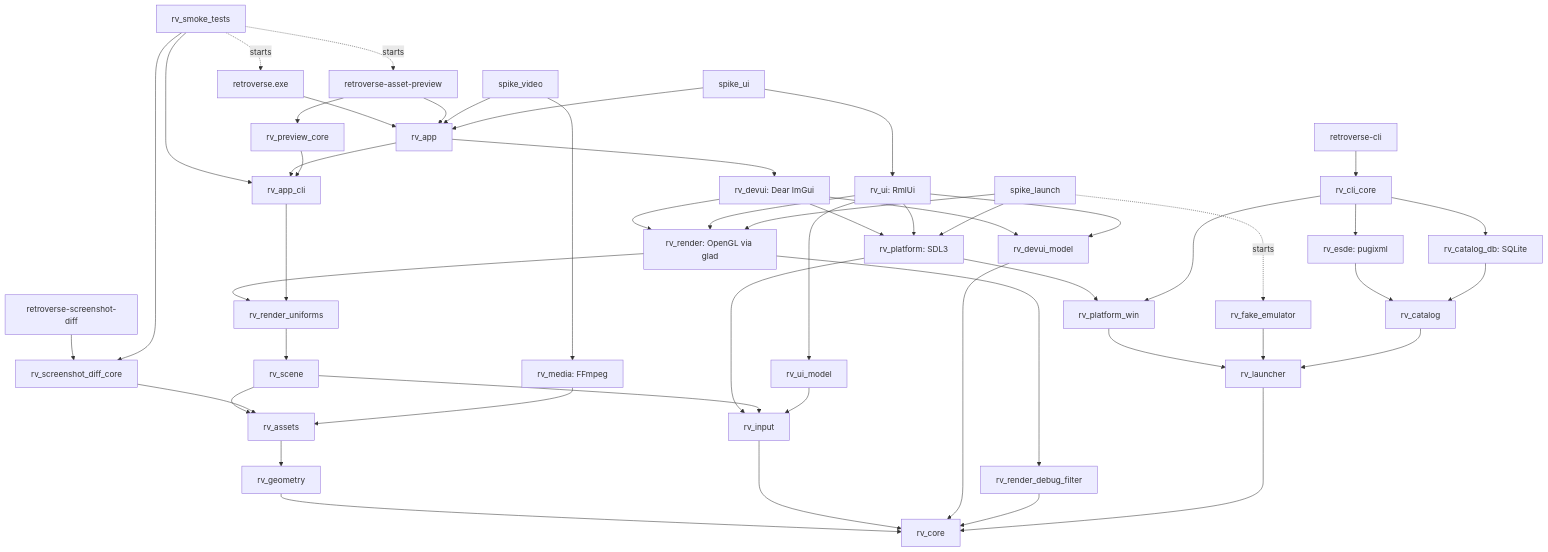
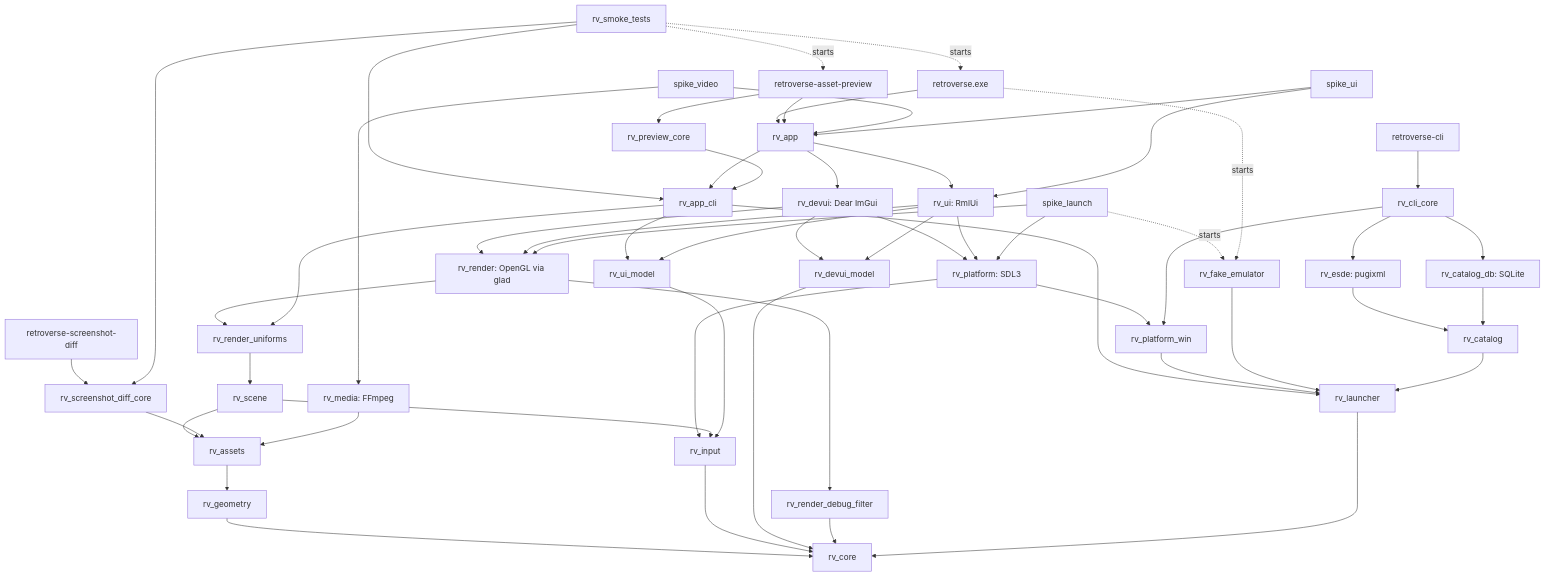
The diagram in docs/architecture.md (pingumen96/retroverse), drawn with Mermaid before and after one commit. The commit also changed other lines of this file and 8 other files, not shown here.

````diff
--- a/docs/architecture.md
+++ b/docs/architecture.md
@@ -70,54 +70,58 @@
 ```mermaid
 flowchart TD
     retroverse[retroverse.exe] --> app[rv_app]
     preview[retroverse-asset-preview] --> app
     preview --> previewCore[rv_preview_core]
     diffTool[retroverse-screenshot-diff] --> diffCore[rv_screenshot_diff_core]
     smoke[rv_smoke_tests] -. starts .-> retroverse
     smoke -. starts .-> preview
     smoke --> diffCore
     smoke --> appCli
     app --> devui[rv_devui: Dear ImGui]
+    app --> ui
     app --> appCli[rv_app_cli]
     devui --> render[rv_render: OpenGL via glad]
     devui --> platform[rv_platform: SDL3]
     devui --> devuiModel[rv_devui_model]
     render --> uniforms[rv_render_uniforms]
     render --> debugFilter[rv_render_debug_filter]
     previewCore --> appCli
     appCli --> uniforms
+    appCli --> launcher
+    appCli --> uiModel
     uniforms --> scene[rv_scene]
     platform --> input[rv_input]
     scene --> assets[rv_assets]
     scene --> input
     diffCore --> assets
     assets --> geometry[rv_geometry]
     geometry --> core[rv_core]
     input --> core
     devuiModel --> core
     debugFilter --> core
     spikeVideo[spike_video] --> app
     spikeVideo --> media[rv_media: FFmpeg]
     media --> assets
     spikeUi[spike_ui] --> ui[rv_ui: RmlUi]
     spikeUi --> app
     ui --> uiModel[rv_ui_model]
     ui --> render
     ui --> platform
     ui --> devuiModel
     uiModel --> input
     spikeLaunch[spike_launch] --> platform
     spikeLaunch --> render
     spikeLaunch -. starts .-> fakeEmulator[rv_fake_emulator]
+    retroverse -. starts .-> fakeEmulator
     platform --> platformWin[rv_platform_win]
     platformWin --> launcher[rv_launcher]
     fakeEmulator --> launcher
     launcher --> core
     cli[retroverse-cli] --> cliCore[rv_cli_core]
     cliCore --> esde[rv_esde: pugixml]
     cliCore --> catalogDb[rv_catalog_db: SQLite]
     cliCore --> platformWin
     esde --> catalog[rv_catalog]
     catalogDb --> catalog
     catalog --> launcher
 ```
````
